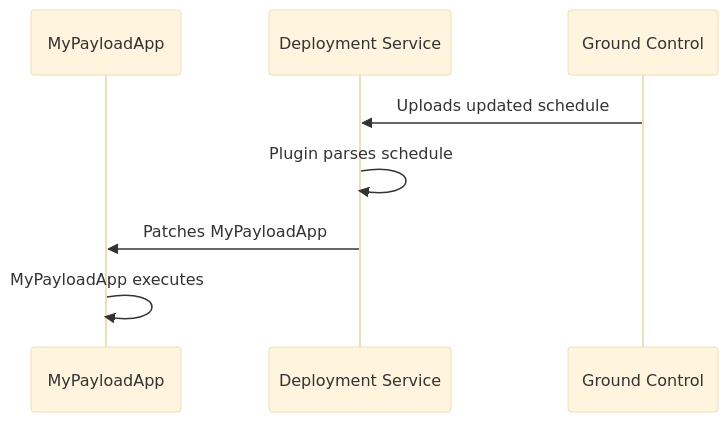
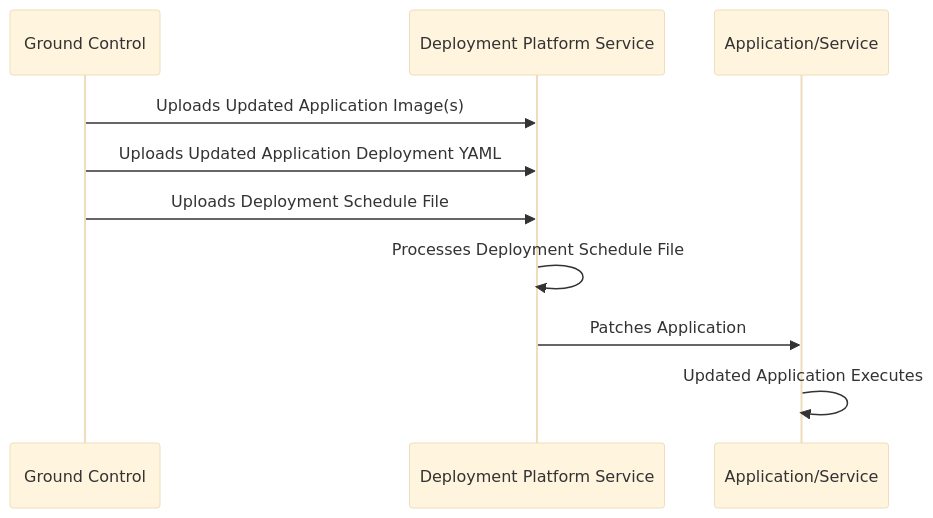
Before and after one commit to microsoft/azure-orbital-space-sdk: the second of 2 diagrams in docs/architecture/runtime-framework/platform-services/deployment.md, drawn with Mermaid (base theme). The commit also changed other lines of this file, not shown here.

First line of the commit message:
updates deployment service documentation with use cases and examples (#22)

````diff
--- a/docs/architecture/runtime-framework/platform-services/deployment.md
+++ b/docs/architecture/runtime-framework/platform-services/deployment.md
@@ -38,11 +62,13 @@
 ```mermaid
 sequenceDiagram
-    participant app as MyPayloadApp 
-    participant deployment as Deployment Service
     participant ground as Ground Control
+    participant deployment as Deployment Platform Service
+    participant app as Application/Service
 
-    ground     ->> deployment: Uploads updated schedule
-    deployment ->> deployment: Plugin parses schedule
-    deployment ->> app: Patches MyPayloadApp
-    app        ->> app: MyPayloadApp executes
+    ground     ->> deployment: Uploads Updated Application Image(s)
+    ground     ->> deployment: Uploads Updated Application Deployment YAML
+    ground     ->> deployment: Uploads Deployment Schedule File
+    deployment ->> deployment: Processes Deployment Schedule File
+    deployment ->> app: Patches Application
+    app        ->> app: Updated Application Executes
 ```
````
